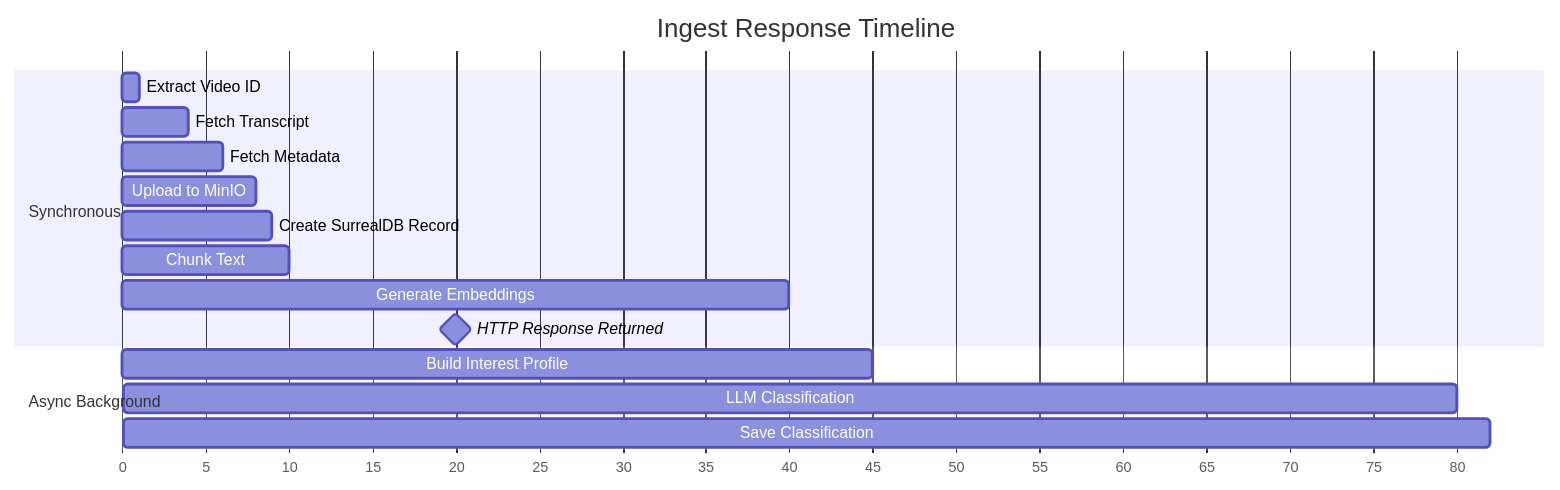
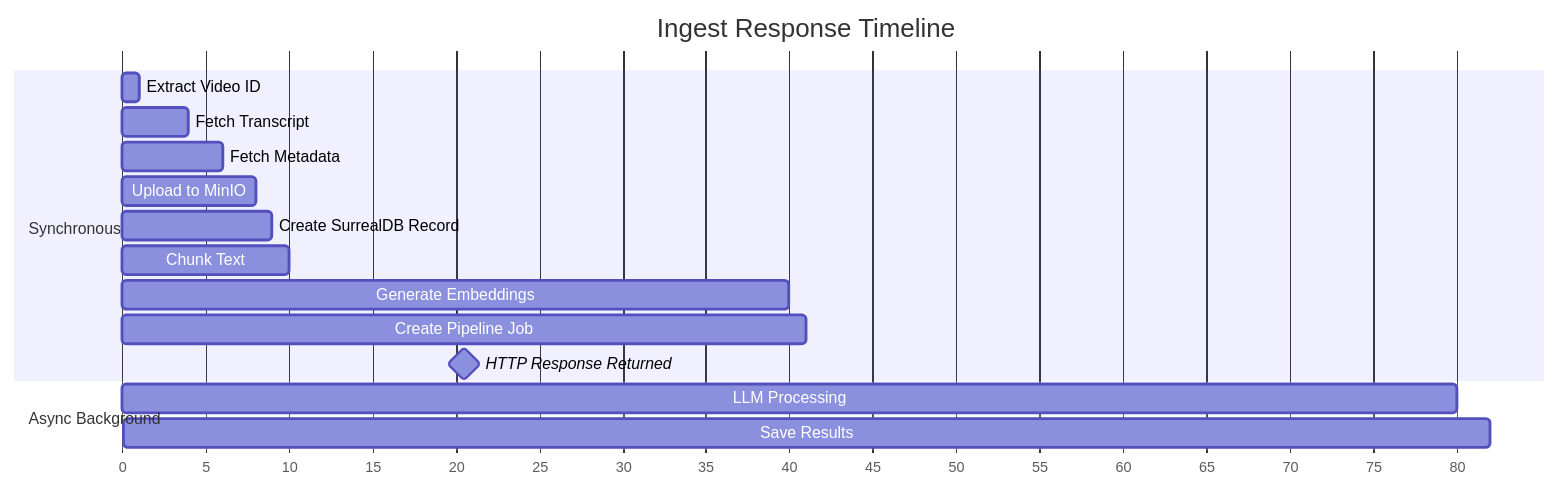
The ninth of 9 diagrams in docs/ingest-pipeline.md (ilude/menos), drawn with Mermaid before and after one commit. The commit also changed other lines of this file and 46 other files, not shown here.

````diff
--- a/docs/ingest-pipeline.md
+++ b/docs/ingest-pipeline.md
@@ -244,21 +243,21 @@
 ```mermaid
 gantt
     title Ingest Response Timeline
     dateFormat X
     axisFormat %s
 
     section Synchronous
     Extract Video ID         :vid, 0, 1
     Fetch Transcript         :tf, 1, 4
     Fetch Metadata           :mf, 4, 6
     Upload to MinIO          :mu, 6, 8
     Create SurrealDB Record  :sr, 8, 9
     Chunk Text               :ch, 9, 10
     Generate Embeddings      :em, 10, 40
-    HTTP Response Returned   :milestone, 40, 40
+    Create Pipeline Job      :pj, 40, 41
+    HTTP Response Returned   :milestone, 41, 41
 
     section Async Background
-    Build Interest Profile   :ip, 40, 45
-    LLM Classification       :lc, 45, 80
-    Save Classification      :sc, 80, 82
+    LLM Processing           :lp, 41, 80
+    Save Results             :sr2, 80, 82
 ```
````
